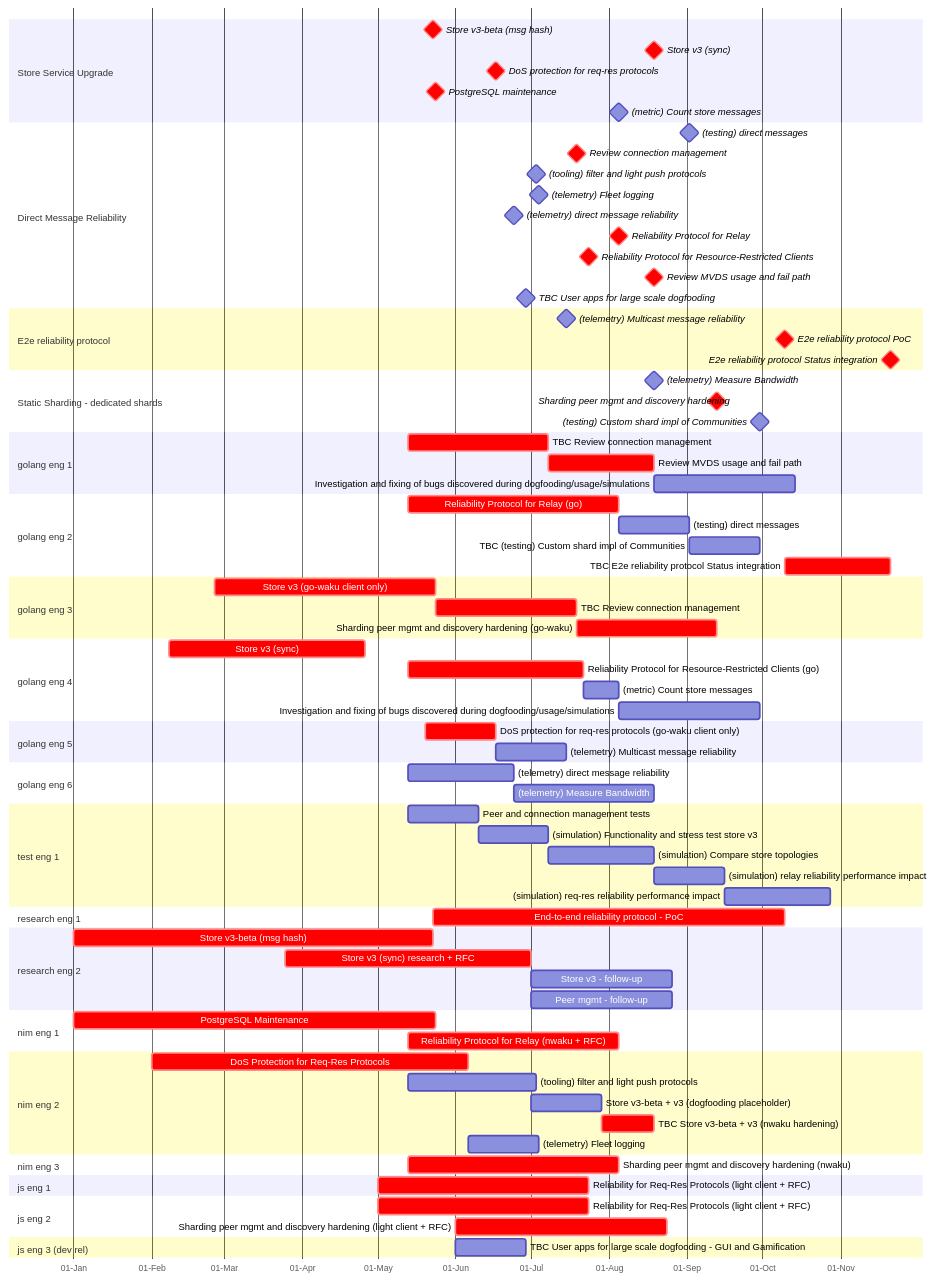
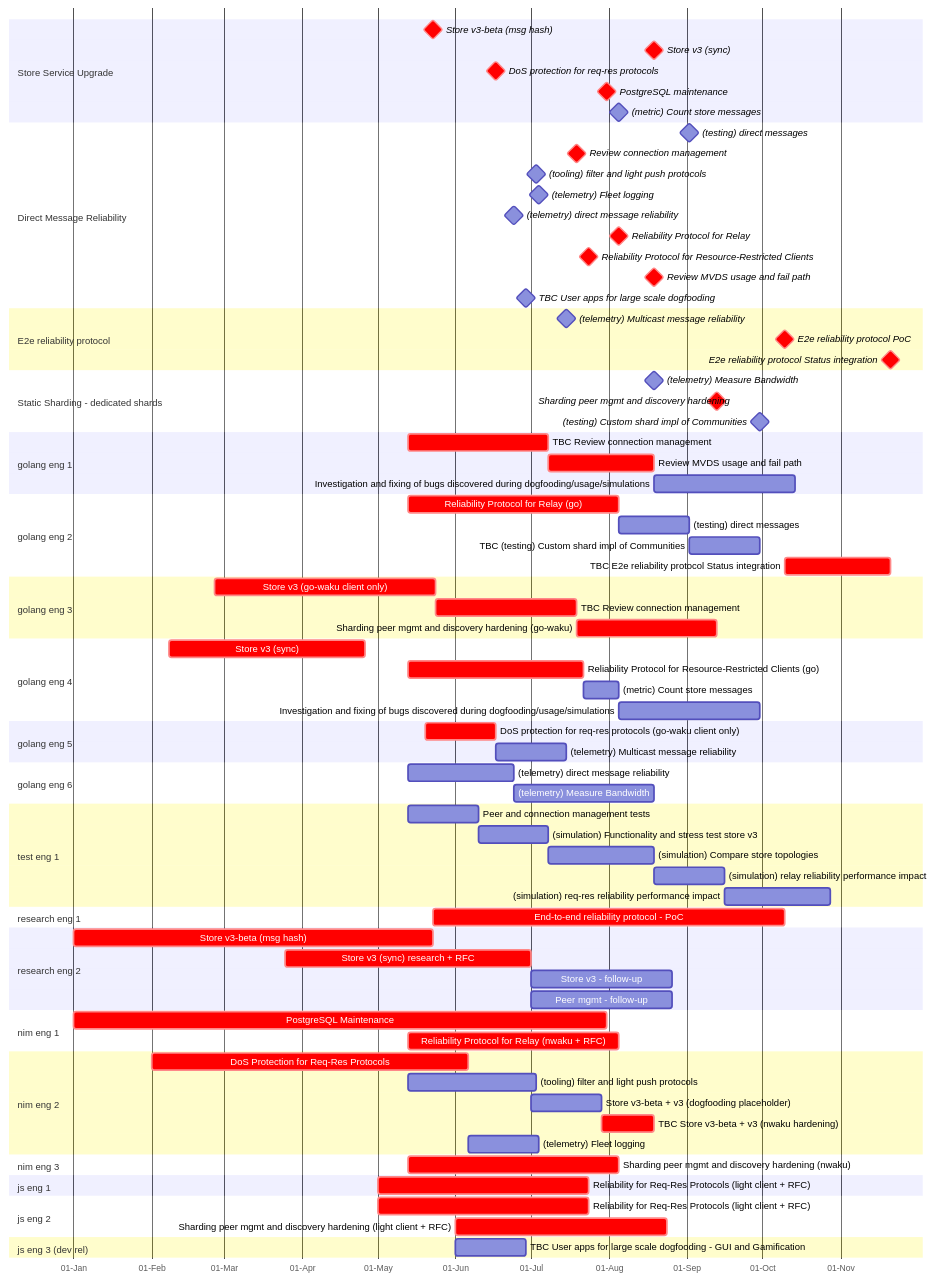
The diagram in content/waku/2024-gantt.md (logos-co/roadmap), drawn with Mermaid before and after one commit.

Commit message:
scope increase/date change on PostgreSQL Maintenance deliverable
See https://github.com/waku-org/pm/issues/119

```diff
--- a/content/waku/2024-gantt.md
+++ b/content/waku/2024-gantt.md
@@ -92,7 +92,7 @@
         Store v3 - follow-up: after storev3-r, 8w
         Peer mgmt - follow-up: after storev3-r, 8w
     section nim eng 1
-        PostgreSQL Maintenance: crit, pgsql, 2024-01-01, 2024-05-24
+        PostgreSQL Maintenance: crit, pgsql, 2024-01-01, 2024-07-31
         Reliability Protocol for Relay (nwaku + RFC): crit, rel-relay-n, 2024-05-13, 12w
     section nim eng 2
         DoS Protection for Req-Res Protocols: crit, dosreqresn, 2024-02-01, 18w
```
